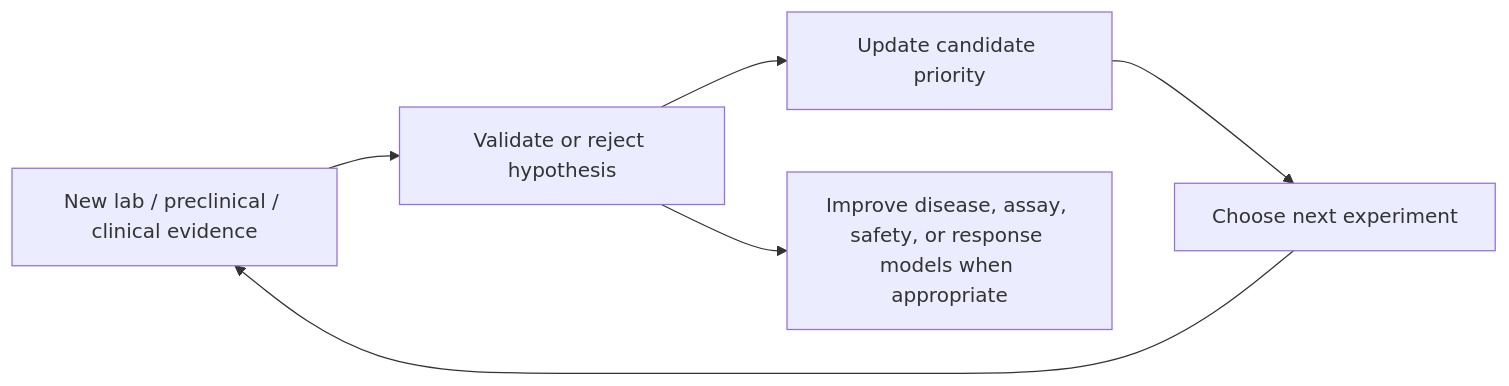
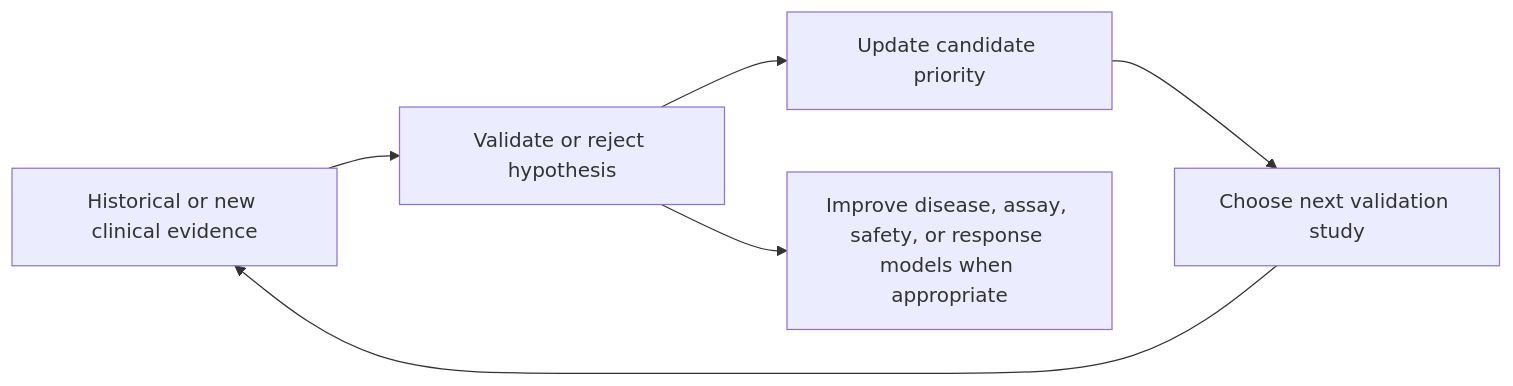
Before and after one commit to fmlin0429712024/synthetic-in-silico-research-loop: the second of 2 diagrams in docs/PIPELINE.md, drawn with Mermaid. The commit also changed other lines of this file and 4 other files, not shown here.

Commit message:
Model clinical evidence feedback loop

````diff
--- a/docs/PIPELINE.md
+++ b/docs/PIPELINE.md
@@ -39,8 +41,8 @@
 ```mermaid
 flowchart LR
-    X[New lab / preclinical / clinical evidence] --> Y[Validate or reject hypothesis]
+    X[Historical or new clinical evidence] --> Y[Validate or reject hypothesis]
     Y --> Z[Update candidate priority]
-    Z --> AA[Choose next experiment]
+    Z --> AA[Choose next validation study]
     AA --> X
     Y --> AB[Improve disease, assay, safety, or response models when appropriate]
 ```
````
